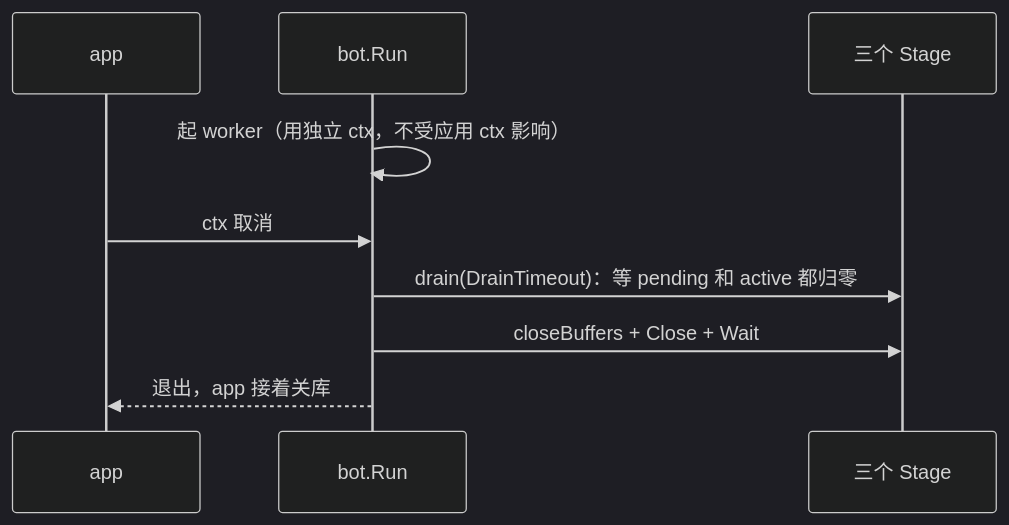
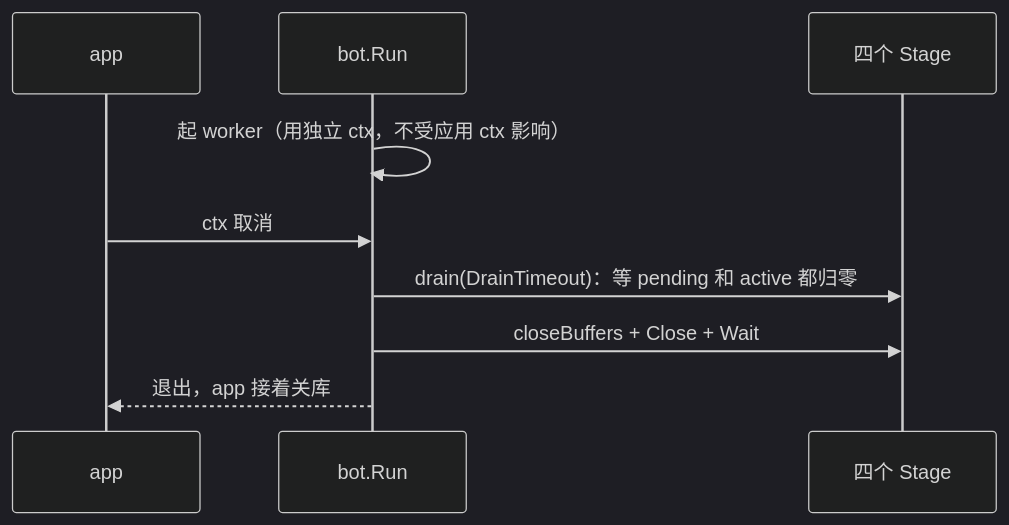
One commit to CanWeakerWriteStrongCode/good-review-master changed the second of 2 diagrams in docs/domains/pipeline.md. Above: the diagram before and after it, drawn with Mermaid (dark theme). The commit also changed other lines of this file and 20 other files, not shown here.

````diff
--- a/docs/domains/pipeline.md
+++ b/docs/domains/pipeline.md
@@ -88,11 +103,11 @@
 ```mermaid
 sequenceDiagram
   participant A as app
   participant B as bot.Run
-  participant W as 三个 Stage
+  participant W as 四个 Stage
   B->>B: 起 worker（用独立 ctx，不受应用 ctx 影响）
   A->>B: ctx 取消
   B->>W: drain(DrainTimeout)：等 pending 和 active 都归零
   B->>W: closeBuffers + Close + Wait
   B-->>A: 退出，app 接着关库
 ```
````
